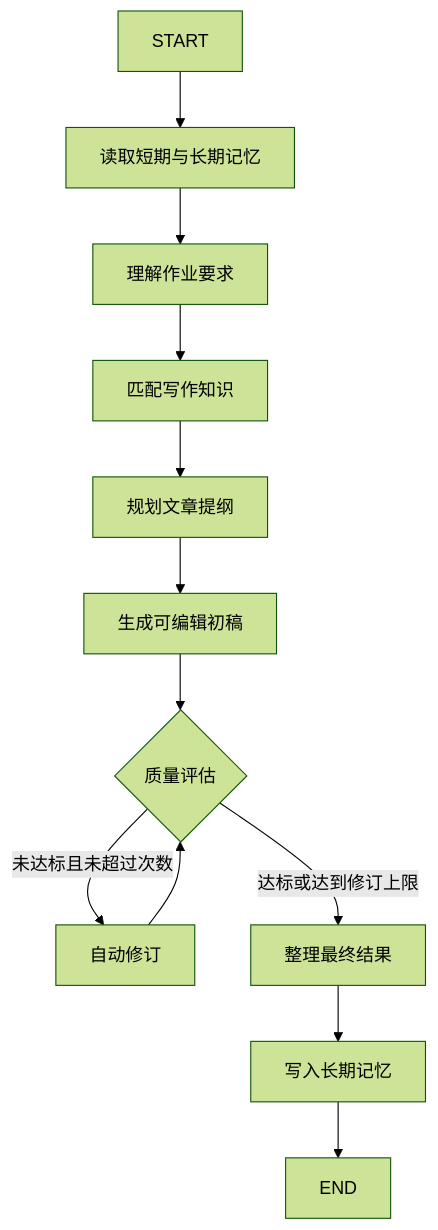
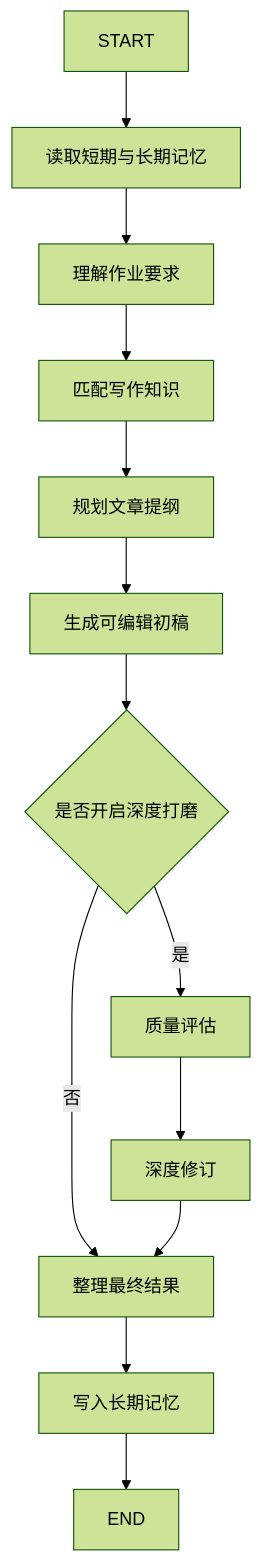
Before and after one commit to SIMPLE-botsd/StudyWrite-LangGraph-Agent: the diagram in README.md, drawn with Mermaid (forest theme). The commit also changed other lines of this file and 35 other files, not shown here.

````diff
--- a/README.md
+++ b/README.md
@@ -45,14 +45,15 @@
 ```mermaid
 graph TD
     START --> A[读取短期与长期记忆]
     A --> B[理解作业要求]
     B --> C[匹配写作知识]
     C --> D[规划文章提纲]
     D --> E[生成可编辑初稿]
-    E --> F{质量评估}
-    F -- 未达标且未超过次数 --> G[自动修订]
-    G --> F
-    F -- 达标或达到修订上限 --> H[整理最终结果]
+    E --> F{是否开启深度打磨}
+    F -- 否 --> H[整理最终结果]
+    F -- 是 --> G[质量评估]
+    G --> J[深度修订]
+    J --> H[整理最终结果]
     H --> I[写入长期记忆]
     I --> END
 ```
````
